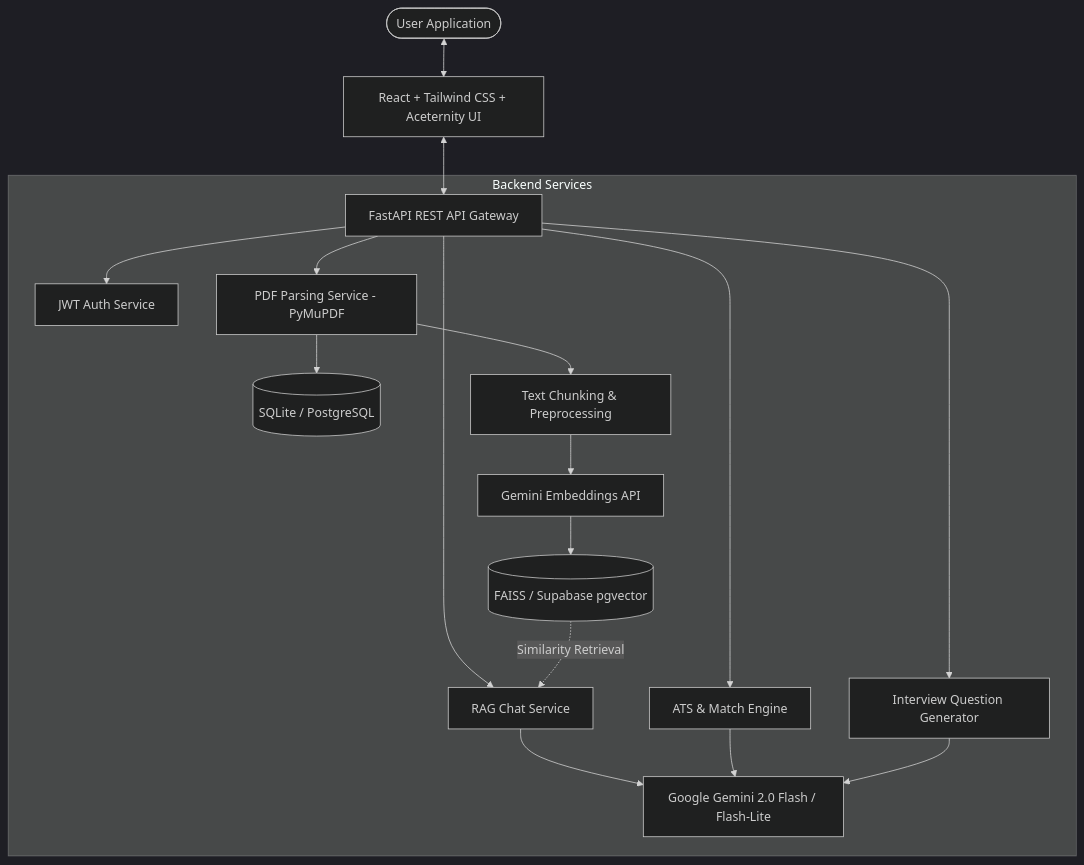
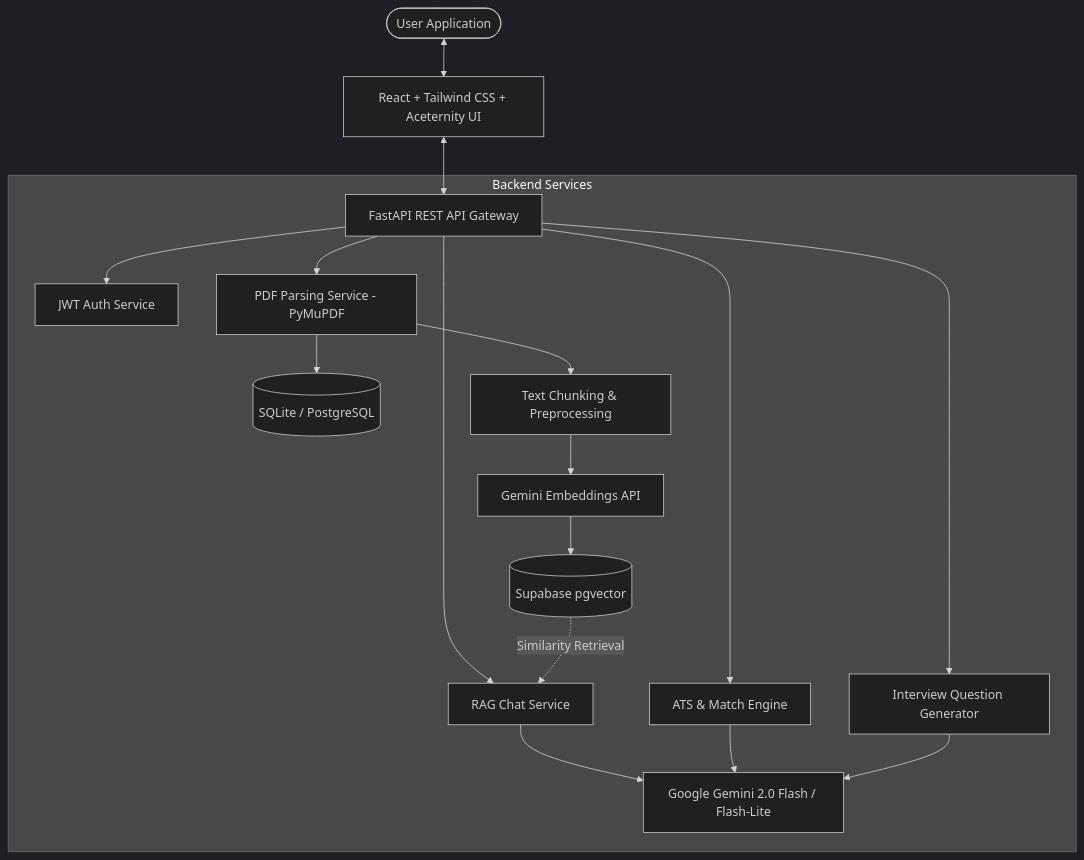
One commit to Romsha23/AI-Resume-Analyzer-RAG changed the diagram in README.md. Above: the diagram before and after it, drawn with Mermaid (dark theme). The commit also changed other lines of this file, not shown here.

````diff
--- a/README.md
+++ b/README.md
@@ -23,23 +23,23 @@
 ```mermaid
 flowchart TD
     User([User Application]) <--> UI[React + Tailwind CSS + Aceternity UI]
     UI <--> API[FastAPI REST API Gateway]
     
     subgraph Backend Services
         API --> Auth[JWT Auth Service]
         API --> Parser[PDF Parsing Service - PyMuPDF]
         API --> Analyze[ATS & Match Engine]
         API --> Chat[RAG Chat Service]
         API --> Interview[Interview Question Generator]
         
         Parser --> DB[(SQLite / PostgreSQL)]
         Parser --> Chunk[Text Chunking & Preprocessing]
         Chunk --> Embed[Gemini Embeddings API]
-        Embed --> VectorDB[(FAISS / Supabase pgvector)]
+        Embed --> VectorDB[(Supabase pgvector)]
         
         VectorDB -. Similarity Retrieval .-> Chat
         Chat --> Gemini[Google Gemini 2.0 Flash / Flash-Lite]
         Analyze --> Gemini
         Interview --> Gemini
     end
 ```
````
